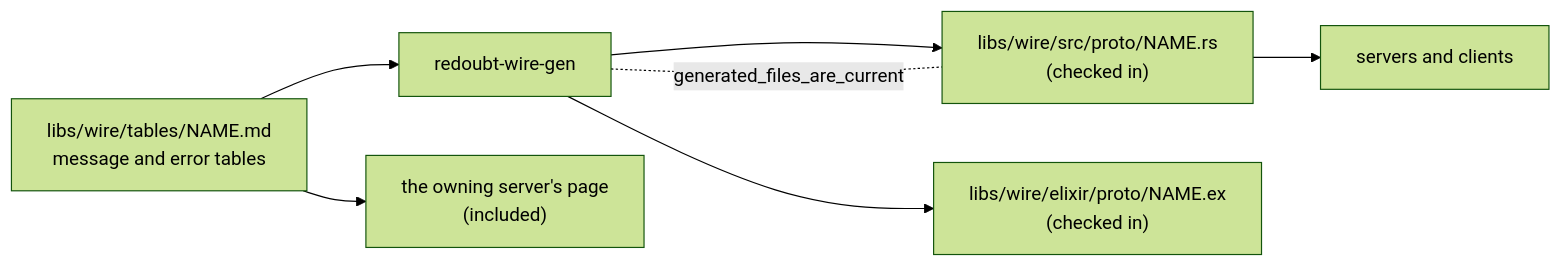
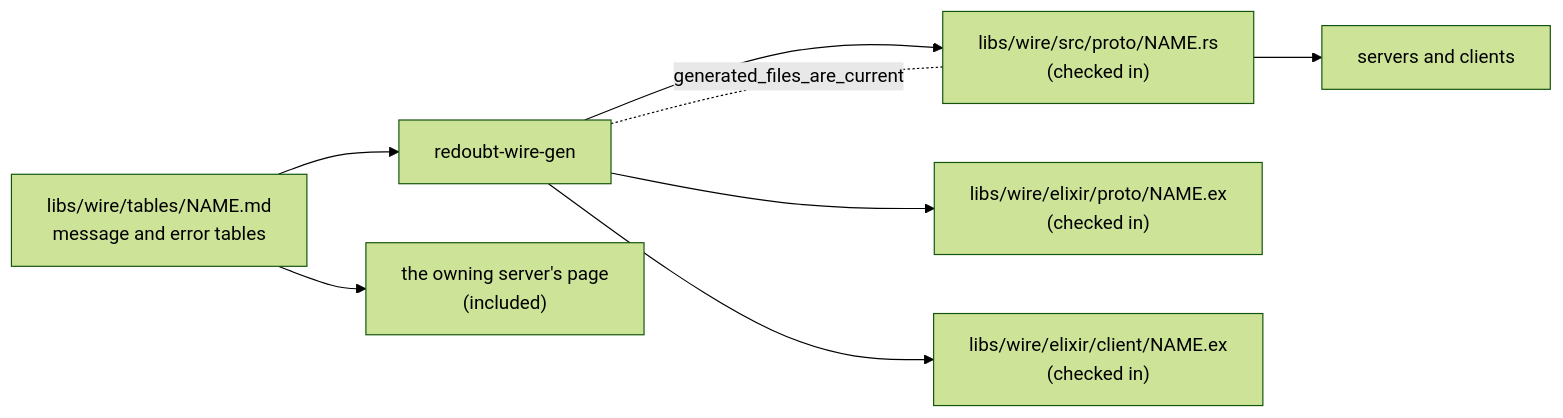
One commit to sirmick/redoubt changed the third of 3 diagrams in docs/servers/wire.md. Above: the diagram before and after it, drawn with Mermaid (forest theme). The commit also changed other lines of this file and 18 other files, not shown here.

First line of the commit message:
wire: generated Elixir clients, one function per message over the call native

````diff
--- a/docs/servers/wire.md
+++ b/docs/servers/wire.md
@@ -251,9 +253,10 @@
 ```mermaid
 flowchart LR
     T["libs/wire/tables/NAME.md<br/>message and error tables"] --> G["redoubt-wire-gen"]
     T --> P["the owning server's page<br/>(included)"]
     G --> R["libs/wire/src/proto/NAME.rs<br/>(checked in)"]
     G --> E["libs/wire/elixir/proto/NAME.ex<br/>(checked in)"]
+    G --> C["libs/wire/elixir/client/NAME.ex<br/>(checked in)"]
     R --> S["servers and clients"]
     G -. "generated_files_are_current" .- R
 ```
````
